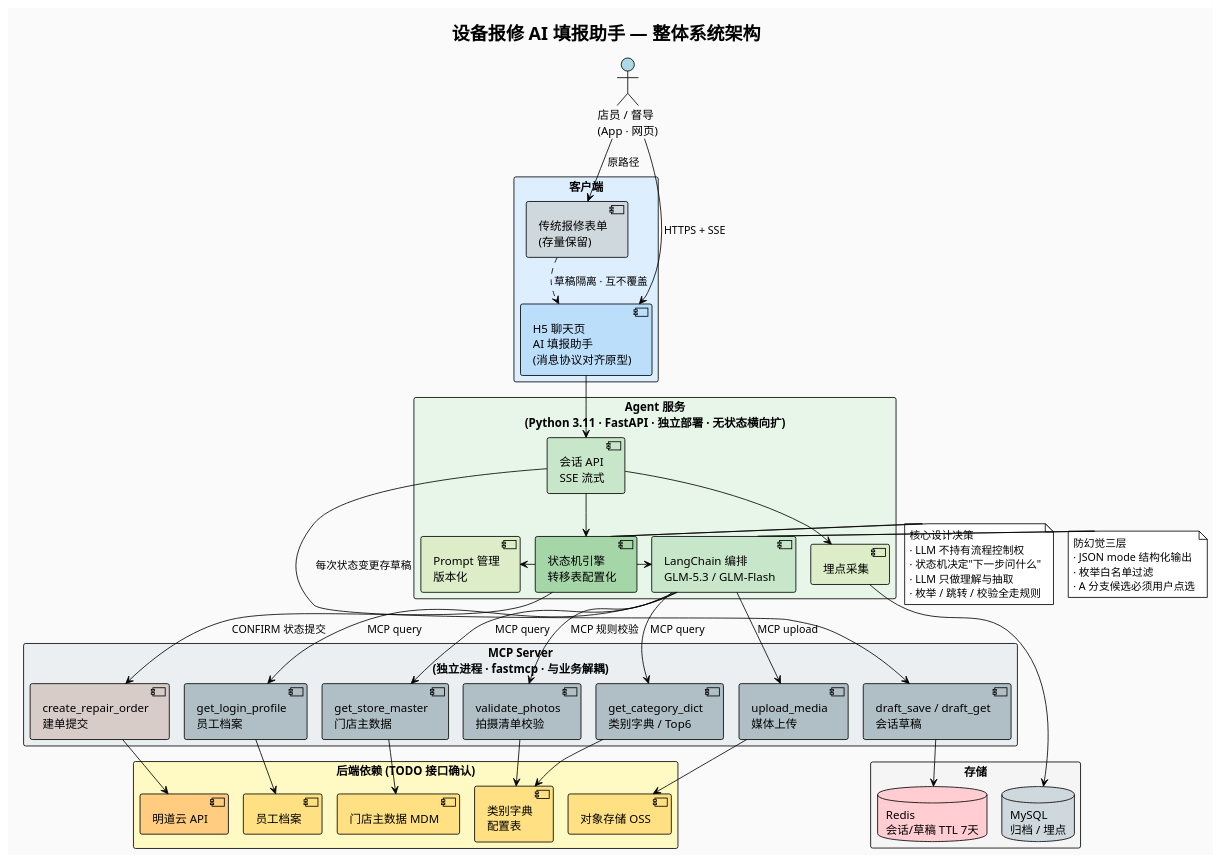
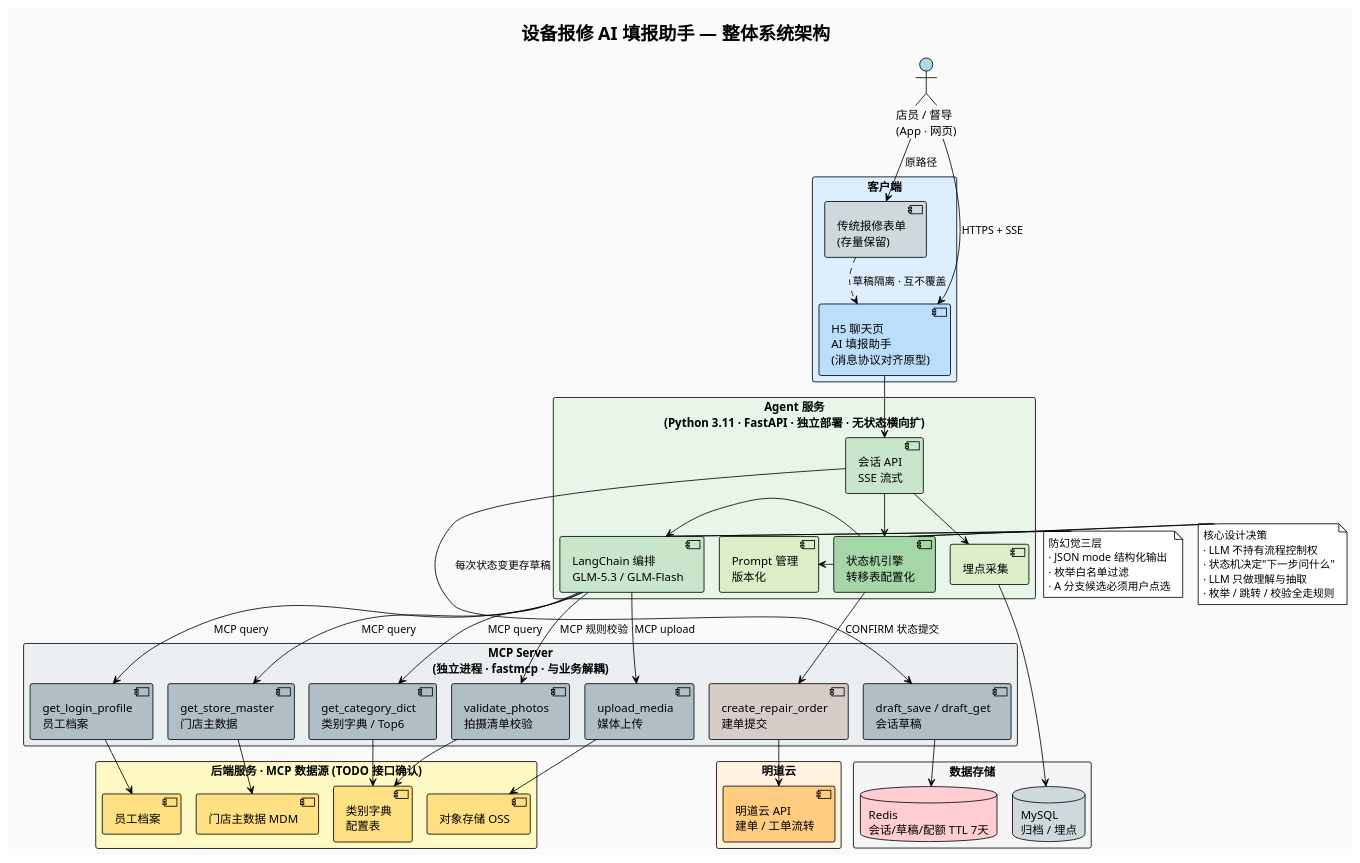
The diagram in src/main/hotmaxx/需求点/输入优化/diagrams/01-系统架构图.puml (bai876939716/my_doc), drawn with PlantUML before and after one commit. The commit also changed 10 other files, not shown here.

```diff
--- a/src/main/hotmaxx/需求点/输入优化/diagrams/01-系统架构图.puml
+++ b/src/main/hotmaxx/需求点/输入优化/diagrams/01-系统架构图.puml
@@ -1,96 +1,100 @@
 @startuml 设备报修AI填报-整体系统架构
 !pragma layout smetana
 !theme plain
 skinparam backgroundColor #FAFAFA
 skinparam defaultFontName "PingFang SC,Microsoft YaHei,Arial"
 
 title 设备报修 AI 填报助手 — 整体系统架构
 
 ' ========== 用户 ==========
 actor "店员 / 督导\n(App · 网页)" as User #LightBlue
 
 ' ========== 客户端层 ==========
 rectangle "客户端" #DDEEFF {
   component "H5 聊天页\nAI 填报助手\n(消息协议对齐原型)" as H5 #BBDEFB
   component "传统报修表单\n(存量保留)" as OLD #CFD8DC
 }
 
 ' ========== Agent 服务层 ==========
 rectangle "Agent 服务\n(Python 3.11 · FastAPI · 独立部署 · 无状态横向扩)" #E8F5E9 {
   component "会话 API\nSSE 流式" as API #C8E6C9
   component "状态机引擎\n转移表配置化" as SM #A5D6A7
   component "LangChain 编排\nGLM-5.3 / GLM-Flash" as LC #C8E6C9
   component "Prompt 管理\n版本化" as PM #DCEDC8
   component "埋点采集" as TR #DCEDC8
 }
 
 ' ========== MCP 工具层 ==========
 rectangle "MCP Server\n(独立进程 · fastmcp · 与业务解耦)" #ECEFF1 {
   component "get_login_profile\n员工档案" as T1 #B0BEC5
   component "get_store_master\n门店主数据" as T2 #B0BEC5
   component "get_category_dict\n类别字典 / Top6" as T3 #B0BEC5
   component "validate_photos\n拍摄清单校验" as T4 #B0BEC5
   component "upload_media\n媒体上传" as T5 #B0BEC5
   component "create_repair_order\n建单提交" as T6 #D7CCC8
   component "draft_save / draft_get\n会话草稿" as T7 #B0BEC5
 }
 
 ' ========== 存储层 ==========
-rectangle "存储" #F5F5F5 {
-  database "Redis\n会话/草稿 TTL 7天" as RD #FFCDD2
+rectangle "数据存储" #F5F5F5 {
+  database "Redis\n会话/草稿/配额 TTL 7天" as RD #FFCDD2
   database "MySQL\n归档 / 埋点" as MY #CFD8DC
 }
 
-' ========== 后端依赖层 ==========
-rectangle "后端依赖 (TODO 接口确认)" #FFF9C4 {
+' ========== 后端服务层（MCP 数据源） ==========
+rectangle "后端服务 · MCP 数据源 (TODO 接口确认)" #FFF9C4 {
   component "员工档案" as HR #FFE082
   component "门店主数据 MDM" as MDM #FFE082
   component "类别字典\n配置表" as DICT #FFE082
   component "对象存储 OSS" as OSS #FFE082
-  component "明道云 API" as MDY #FFCC80
+}
+
+' ========== 明道云 ==========
+rectangle "明道云" #FFF3E0 {
+  component "明道云 API\n建单 / 工单流转" as MDY #FFCC80
 }
 
 ' ========== 关系连线 ==========
 User -down-> H5 : HTTPS + SSE
 User -down-> OLD : 原路径
 OLD ..> H5 : 草稿隔离 · 互不覆盖
 
 H5 -down-> API
 API -down-> SM
 API -down-> TR
 SM -right-> LC
 SM -left-> PM
 
 LC -down-> T1 : MCP query
 LC -down-> T2 : MCP query
 LC -down-> T3 : MCP query
 LC -down-> T4 : MCP 规则校验
 LC -down-> T5 : MCP upload
 SM -down-> T6 : CONFIRM 状态提交
 API -down-> T7 : 每次状态变更存草稿
 
 T1 -down-> HR
 T2 -down-> MDM
 T3 -down-> DICT
 T4 -down-> DICT
 T5 -down-> OSS
 T6 -down-> MDY
 T7 -down-> RD
 TR -down-> MY
 
 note right of SM
   核心设计决策
   · LLM 不持有流程控制权
   · 状态机决定"下一步问什么"
   · LLM 只做理解与抽取
   · 枚举 / 跳转 / 校验全走规则
 end note
 
 note right of LC
   防幻觉三层
   · JSON mode 结构化输出
   · 枚举白名单过滤
   · A 分支候选必须用户点选
 end note
 
 @enduml
```
